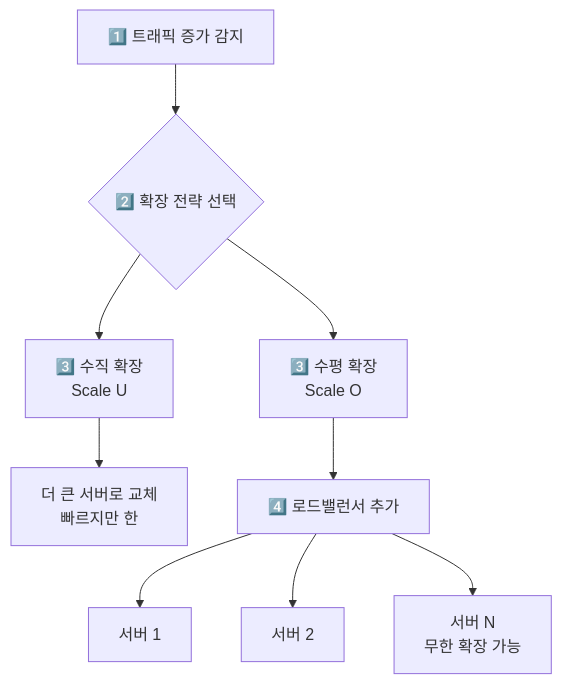
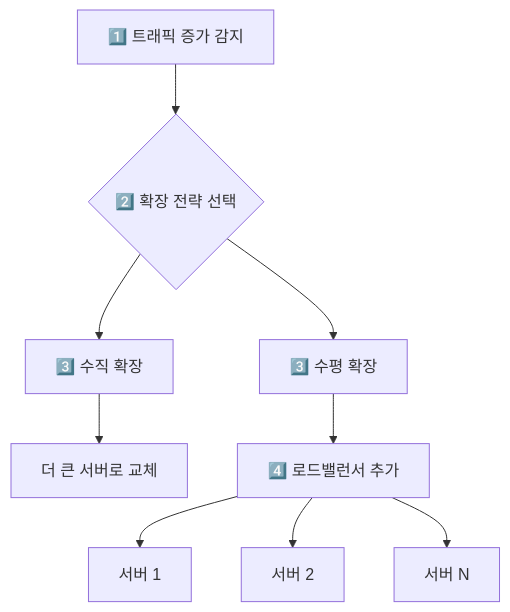
The first of 17 diagrams in _posts/systemdesign/2026-05-02-system-design-fundamentals.md (yjkim2015/yjkim2015.github.io), drawn with Mermaid before and after one commit. The commit also changed other lines of this file and 217 other files, not shown here.

First line of the commit message:
Mermaid 크기 수정: useMaxWidth:true + SVG max-width:100% + 라벨 축소

````diff
--- a/_posts/systemdesign/2026-05-02-system-design-fundamentals.md
+++ b/_posts/systemdesign/2026-05-02-system-design-fundamentals.md
@@ -58,11 +58,11 @@
 ```mermaid
 graph TD
     A["1️⃣ 트래픽 증가 감지"] --> B{"2️⃣ 확장 전략 선택"}
-    B --> C["3️⃣ 수직 확장\nScale U"]
-    B --> D["3️⃣ 수평 확장\nScale O"]
-    C --> E["더 큰 서버로 교체\n빠르지만 한"]
+    B --> C["3️⃣ 수직 확장"]
+    B --> D["3️⃣ 수평 확장"]
+    C --> E["더 큰 서버로 교체"]
     D --> F["4️⃣ 로드밸런서 추가"]
     F --> G["서버 1"]
     F --> H["서버 2"]
-    F --> I["서버 N\n무한 확장 가능"]
+    F --> I["서버 N"]
 ```
````
